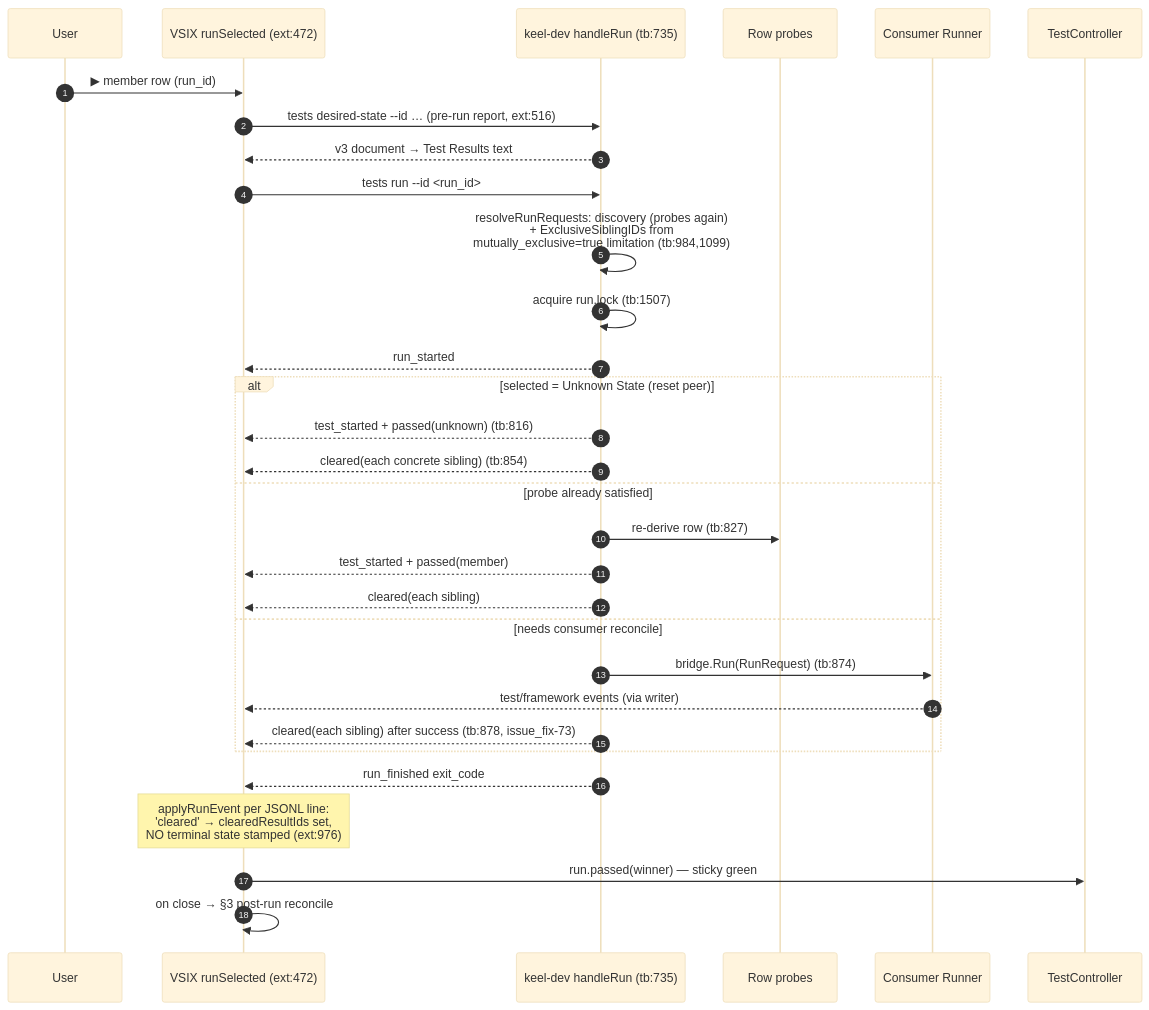
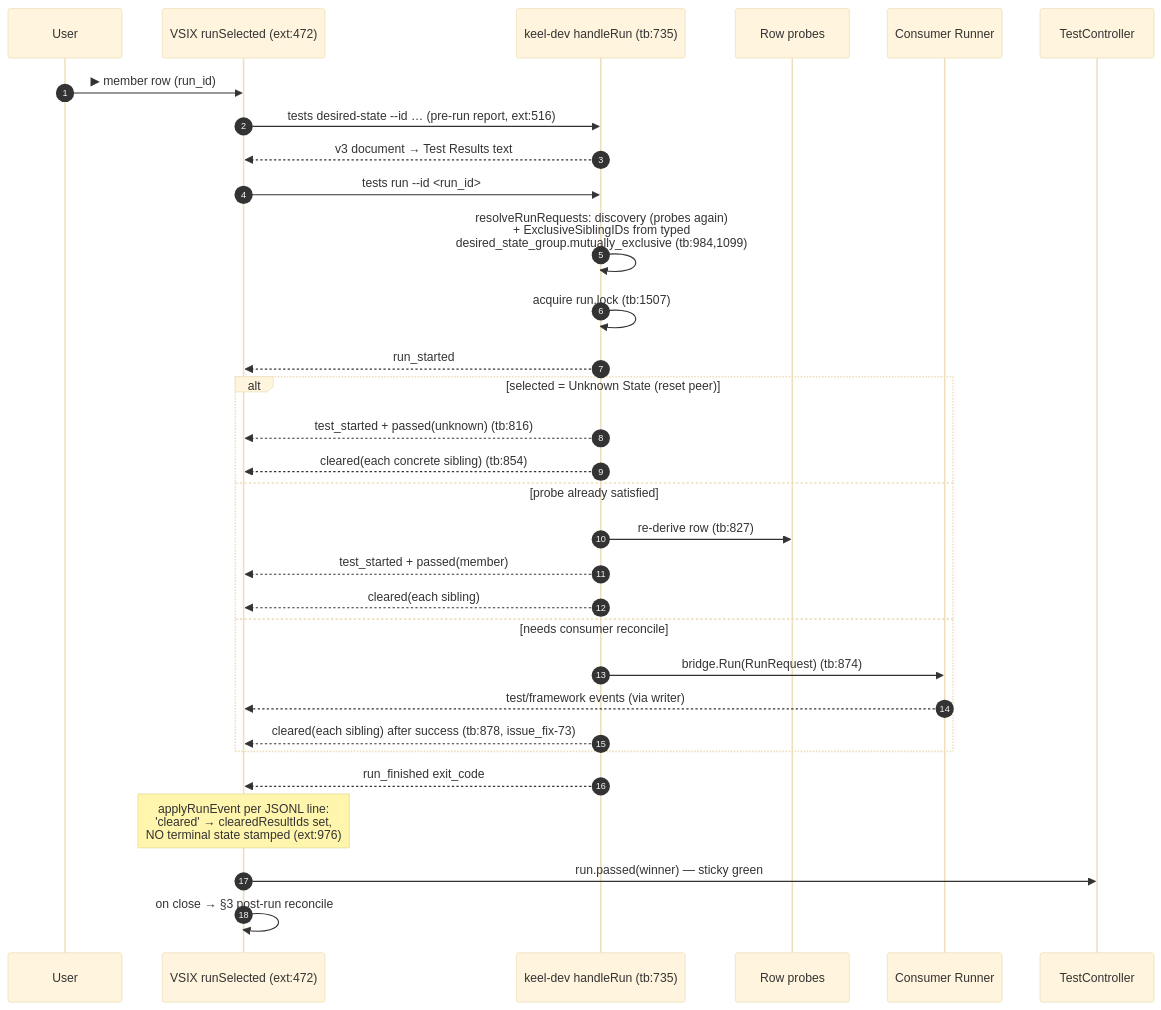
The second of 4 diagrams in docs/mutex/sequences.md (david-aggeler/keel), drawn with Mermaid (base theme) before and after one commit. The commit also changed other lines of this file and 17 other files, not shown here.

````diff
--- a/docs/mutex/sequences.md
+++ b/docs/mutex/sequences.md
@@ -42,36 +42,36 @@
 ```mermaid
 sequenceDiagram
     autonumber
     participant U as User
     participant EXT as VSIX runSelected (ext:472)
     participant DEV as keel-dev handleRun (tb:735)
     participant P as Row probes
     participant C as Consumer Runner
     participant TC as TestController
 
     U->>EXT: ▶ member row (run_id)
     EXT->>DEV: tests desired-state --id … (pre-run report, ext:516)
     DEV-->>EXT: v3 document → Test Results text
     EXT->>DEV: tests run --id <run_id>
-    DEV->>DEV: resolveRunRequests: discovery (probes again)<br/>+ ExclusiveSiblingIDs from<br/>mutually_exclusive=true limitation (tb:984,1099)
+    DEV->>DEV: resolveRunRequests: discovery (probes again)<br/>+ ExclusiveSiblingIDs from typed<br/>desired_state_group.mutually_exclusive (tb:984,1099)
     DEV->>DEV: acquire run.lock (tb:1507)
     DEV-->>EXT: run_started
 
     alt selected = Unknown State (reset peer)
         DEV-->>EXT: test_started + passed(unknown) (tb:816)
         DEV-->>EXT: cleared(each concrete sibling) (tb:854)
     else probe already satisfied
         DEV->>P: re-derive row (tb:827)
         DEV-->>EXT: test_started + passed(member)
         DEV-->>EXT: cleared(each sibling)
     else needs consumer reconcile
         DEV->>C: bridge.Run(RunRequest) (tb:874)
         C-->>EXT: test/framework events (via writer)
         DEV-->>EXT: cleared(each sibling) after success (tb:878, issue_fix-73)
     end
 
     DEV-->>EXT: run_finished exit_code
     Note over EXT: applyRunEvent per JSONL line:<br/>'cleared' → clearedResultIds set,<br/>NO terminal state stamped (ext:976)
     EXT->>TC: run.passed(winner) — sticky green
     EXT->>EXT: on close → §3 post-run reconcile
 ```
````
